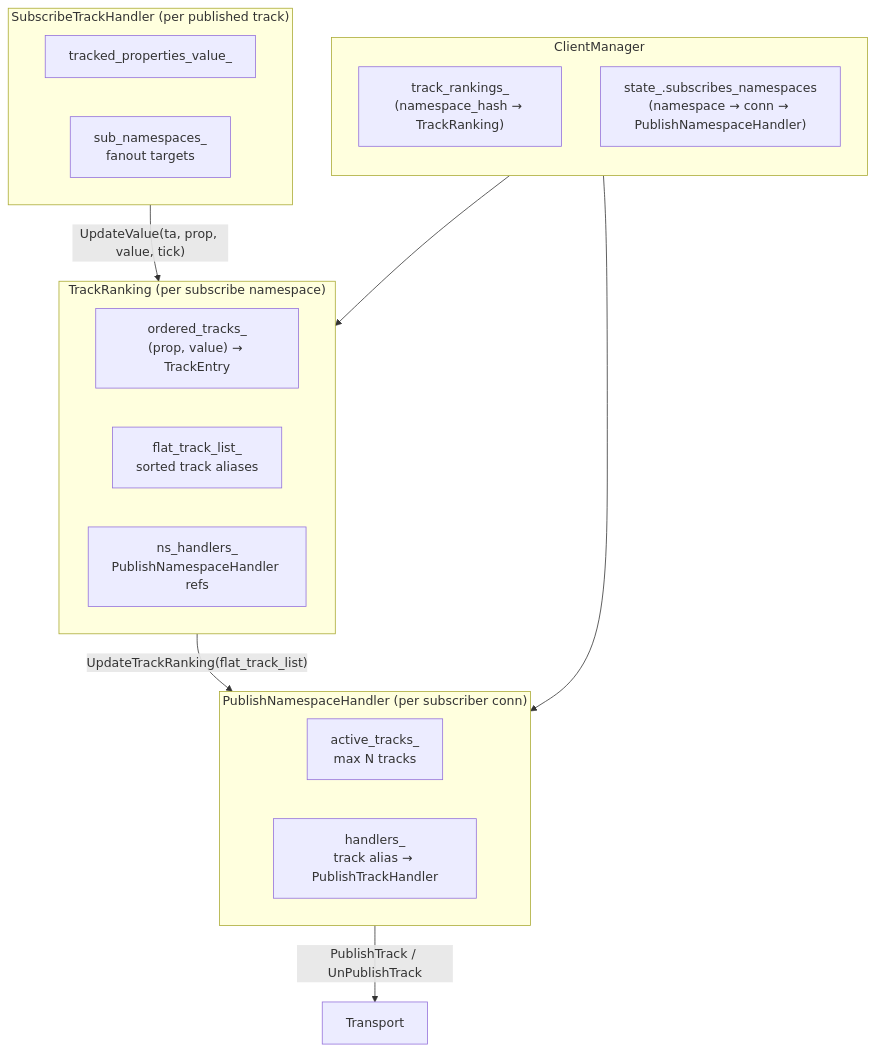
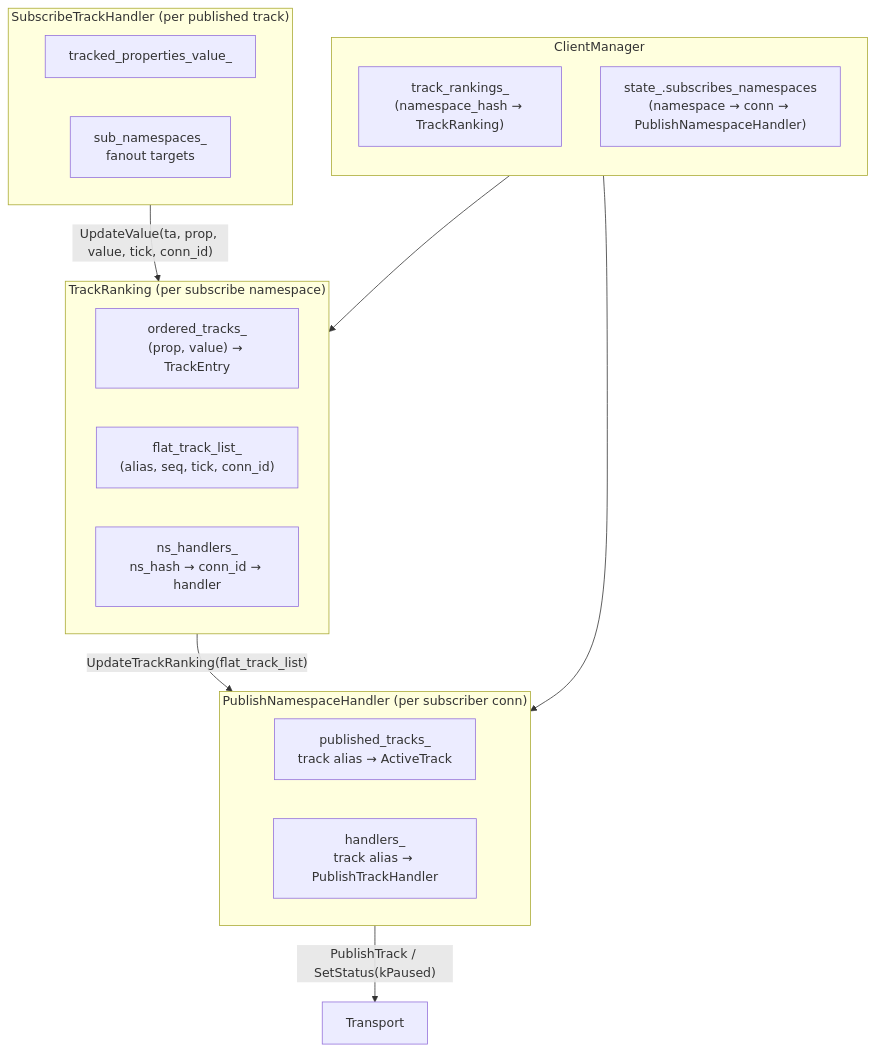
The third of 8 diagrams in docs/track-ranking.md (Quicr/laps), drawn with Mermaid before and after one commit. The commit also changed other lines of this file, not shown here.

````diff
--- a/docs/track-ranking.md
+++ b/docs/track-ranking.md
@@ -68,30 +68,30 @@
 ```mermaid
 flowchart TB
     subgraph ClientManager["ClientManager"]
         direction TB
         TR_map["track_rankings_<br/>(namespace_hash → TrackRanking)"]
         sub_map["state_.subscribes_namespaces<br/>(namespace → conn → PublishNamespaceHandler)"]
     end
 
     subgraph TrackRanking["TrackRanking (per subscribe namespace)"]
         OT["ordered_tracks_<br/>(prop, value) → TrackEntry"]
-        FL["flat_track_list_<br/>sorted track aliases"]
-        NH["ns_handlers_<br/>PublishNamespaceHandler refs"]
+        FL["flat_track_list_<br/>(alias, seq, tick, conn_id)"]
+        NH["ns_handlers_<br/>ns_hash → conn_id → handler"]
     end
 
     subgraph PublishNamespaceHandler["PublishNamespaceHandler (per subscriber conn)"]
-        AT["active_tracks_<br/>max N tracks"]
+        PT["published_tracks_<br/>track alias → ActiveTrack"]
         H["handlers_<br/>track alias → PublishTrackHandler"]
     end
 
     subgraph SubscribeTrackHandler["SubscribeTrackHandler (per published track)"]
         TPV["tracked_properties_value_"]
         SNS["sub_namespaces_<br/>fanout targets"]
     end
 
-    SubscribeTrackHandler -->|"UpdateValue(ta, prop, value, tick)"| TrackRanking
+    SubscribeTrackHandler -->|"UpdateValue(ta, prop, value, tick, conn_id)"| TrackRanking
     TrackRanking -->|"UpdateTrackRanking(flat_track_list)"| PublishNamespaceHandler
-    PublishNamespaceHandler -->|"PublishTrack / UnPublishTrack"| Transport
+    PublishNamespaceHandler -->|"PublishTrack / SetStatus(kPaused)"| Transport
     ClientManager --> TrackRanking
     ClientManager --> PublishNamespaceHandler
 ```
````
